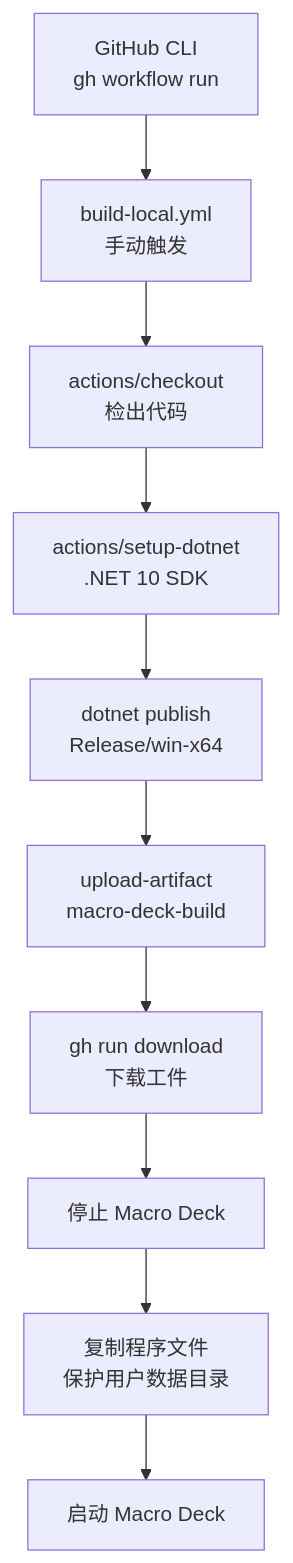
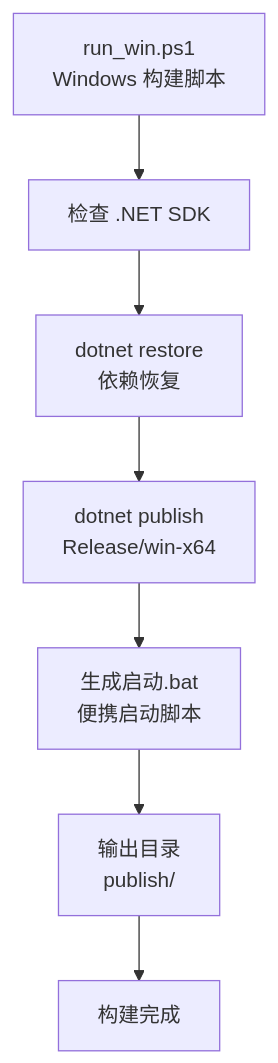
The fifth of 7 diagrams in .qoder/repowiki/zh/content/开发者指南/构建和部署.md (tea4go/Macro-Deck), drawn with Mermaid before and after one commit. The commit also changed other lines of this file and 42 other files, not shown here.

````diff
--- a/.qoder/repowiki/zh/content/开发者指南/构建和部署.md
+++ b/.qoder/repowiki/zh/content/开发者指南/构建和部署.md
@@ -277,12 +294,9 @@
 ```mermaid
 flowchart TD
-CLI["GitHub CLI<br/>gh workflow run"] --> WORKFLOW["build-local.yml<br/>手动触发"]
-WORKFLOW --> CHECKOUT["actions/checkout<br/>检出代码"]
-CHECKOUT --> SETUPDOTNET["actions/setup-dotnet<br/>.NET 10 SDK"]
-SETUPDOTNET --> PUBLISH["dotnet publish<br/>Release/win-x64"]
-PUBLISH --> UPLOAD["upload-artifact<br/>macro-deck-build"]
-UPLOAD --> DOWNLOAD["gh run download<br/>下载工件"]
-DOWNLOAD --> STOP["停止 Macro Deck"]
-STOP --> COPY["复制程序文件<br/>保护用户数据目录"]
-COPY --> START["启动 Macro Deck"]
+CLI["run_win.ps1<br/>Windows 构建脚本"] --> CHECKDOTNET["检查 .NET SDK"]
+CHECKDOTNET --> RESTORE["dotnet restore<br/>依赖恢复"]
+RESTORE --> PUBLISH["dotnet publish<br/>Release/win-x64"]
+PUBLISH --> BATCH["生成启动.bat<br/>便携启动脚本"]
+BATCH --> OUTPUT["输出目录<br/>publish/"]
+OUTPUT --> COMPLETE["构建完成"]
 ```
````
